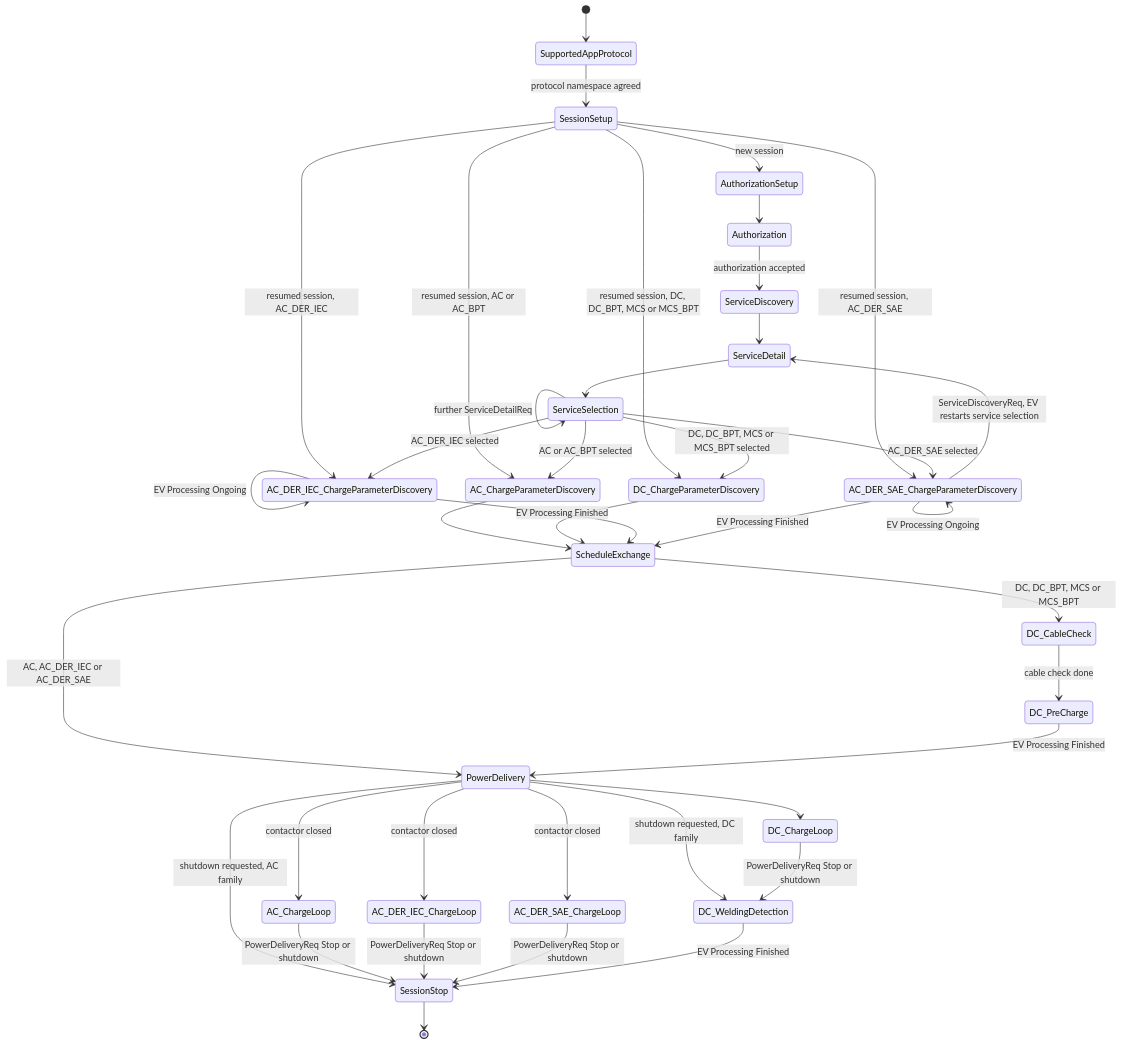
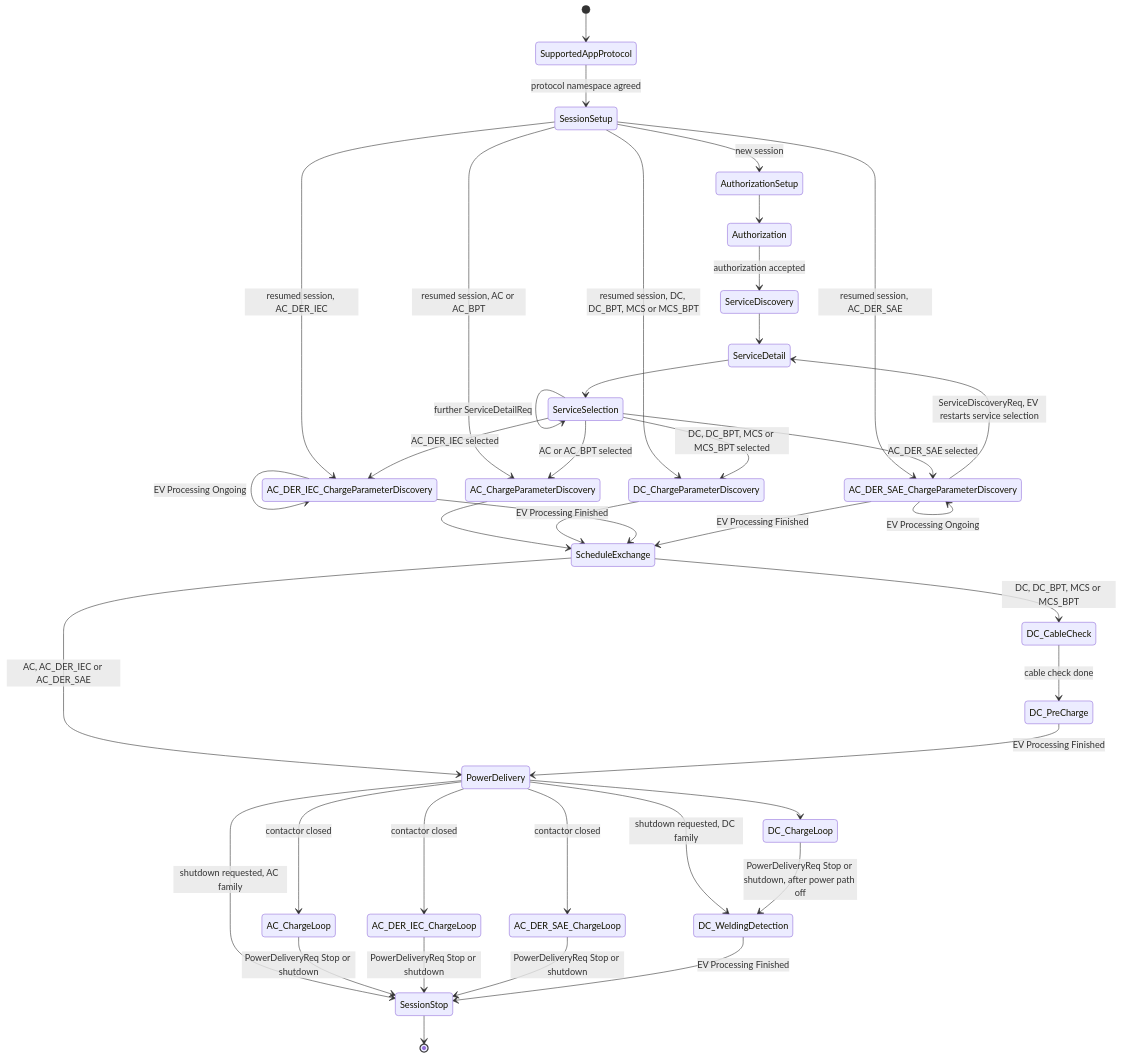
The diagram in modules/EVSE/Evse15118D20/docs/d20-state-machine.mmd (EVerest/EVerest), drawn with Mermaid before and after one commit. The commit also changed 5 other files, not shown here.

First line of the commit message:
fix(iso15118): withdraw the power permissive before PowerDeliveryRes(Stop) in -20 DC

```diff
--- a/modules/EVSE/Evse15118D20/docs/d20-state-machine.mmd
+++ b/modules/EVSE/Evse15118D20/docs/d20-state-machine.mmd
@@ -1,51 +1,51 @@
 stateDiagram-v2
     [*] --> SupportedAppProtocol
 
     SupportedAppProtocol --> SessionSetup : protocol namespace agreed
 
     SessionSetup --> AuthorizationSetup : new session
     SessionSetup --> AC_ChargeParameterDiscovery : resumed session, AC or AC_BPT
     SessionSetup --> AC_DER_IEC_ChargeParameterDiscovery : resumed session, AC_DER_IEC
     SessionSetup --> AC_DER_SAE_ChargeParameterDiscovery : resumed session, AC_DER_SAE
     SessionSetup --> DC_ChargeParameterDiscovery : resumed session, DC, DC_BPT, MCS or MCS_BPT
 
     AuthorizationSetup --> Authorization
     Authorization --> ServiceDiscovery : authorization accepted
     ServiceDiscovery --> ServiceDetail
     ServiceDetail --> ServiceSelection
     ServiceSelection --> ServiceSelection : further ServiceDetailReq
 
     ServiceSelection --> AC_ChargeParameterDiscovery : AC or AC_BPT selected
     ServiceSelection --> AC_DER_IEC_ChargeParameterDiscovery : AC_DER_IEC selected
     ServiceSelection --> AC_DER_SAE_ChargeParameterDiscovery : AC_DER_SAE selected
     ServiceSelection --> DC_ChargeParameterDiscovery : DC, DC_BPT, MCS or MCS_BPT selected
 
     AC_ChargeParameterDiscovery --> ScheduleExchange
     DC_ChargeParameterDiscovery --> ScheduleExchange
 
     AC_DER_IEC_ChargeParameterDiscovery --> AC_DER_IEC_ChargeParameterDiscovery : EV Processing Ongoing
     AC_DER_IEC_ChargeParameterDiscovery --> ScheduleExchange : EV Processing Finished
 
     AC_DER_SAE_ChargeParameterDiscovery --> AC_DER_SAE_ChargeParameterDiscovery : EV Processing Ongoing
     AC_DER_SAE_ChargeParameterDiscovery --> ScheduleExchange : EV Processing Finished
     AC_DER_SAE_ChargeParameterDiscovery --> ServiceDetail : ServiceDiscoveryReq, EV restarts service selection
 
     ScheduleExchange --> PowerDelivery : AC, AC_DER_IEC or AC_DER_SAE
     ScheduleExchange --> DC_CableCheck : DC, DC_BPT, MCS or MCS_BPT
     DC_CableCheck --> DC_PreCharge : cable check done
     DC_PreCharge --> PowerDelivery : EV Processing Finished
 
     PowerDelivery --> AC_ChargeLoop : contactor closed
     PowerDelivery --> AC_DER_IEC_ChargeLoop : contactor closed
     PowerDelivery --> AC_DER_SAE_ChargeLoop : contactor closed
     PowerDelivery --> DC_ChargeLoop
     PowerDelivery --> SessionStop : shutdown requested, AC family
     PowerDelivery --> DC_WeldingDetection : shutdown requested, DC family
 
     AC_ChargeLoop --> SessionStop : PowerDeliveryReq Stop or shutdown
     AC_DER_IEC_ChargeLoop --> SessionStop : PowerDeliveryReq Stop or shutdown
     AC_DER_SAE_ChargeLoop --> SessionStop : PowerDeliveryReq Stop or shutdown
-    DC_ChargeLoop --> DC_WeldingDetection : PowerDeliveryReq Stop or shutdown
+    DC_ChargeLoop --> DC_WeldingDetection : PowerDeliveryReq Stop or shutdown, after power path off
     DC_WeldingDetection --> SessionStop : EV Processing Finished
 
     SessionStop --> [*]
```
